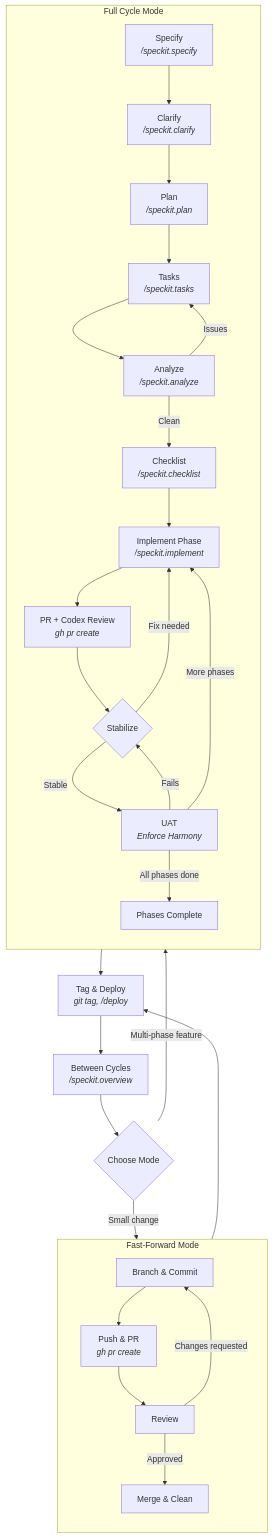
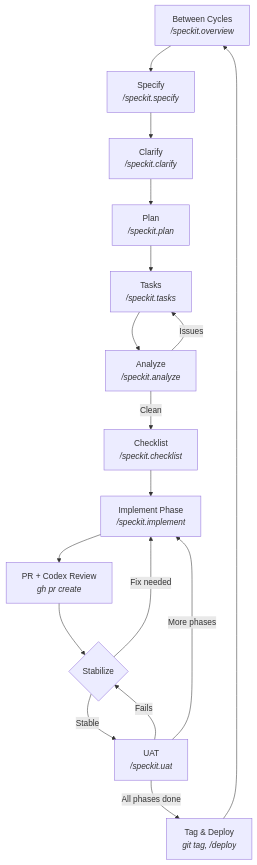
One commit to AnnexBrands/lotsdb changed the first of 3 diagrams in FEATURE_CYCLE.md. Above: the diagram before and after it, drawn with Mermaid. The commit also changed other lines of this file and 9 other files, not shown here.

First line of the commit message:
Add /speckit.uat skill, unify feature cycle, mark lingering specs complete

````diff
--- a/FEATURE_CYCLE.md
+++ b/FEATURE_CYCLE.md
@@ -16,49 +16,21 @@
 ```mermaid
 graph TD
     A["Between Cycles<br/><i>/speckit.overview</i>"]
-    A --> MODE{"Choose Mode"}
-
-    subgraph FF ["Fast-Forward Mode"]
-        direction TB
-        FF1["Branch & Commit"]
-        FF2["Push & PR<br/><i>gh pr create</i>"]
-        FF3["Review"]
-        FF4["Merge & Clean"]
-        FF1 --> FF2
-        FF2 --> FF3
-        FF3 -->|Changes requested| FF1
-        FF3 -->|Approved| FF4
-    end
-
-    subgraph FULL ["Full Cycle Mode"]
-        direction TB
-        B["Specify<br/><i>/speckit.specify</i>"]
-        C["Clarify<br/><i>/speckit.clarify</i>"]
-        D["Plan<br/><i>/speckit.plan</i>"]
-        E["Tasks<br/><i>/speckit.tasks</i>"]
-        F["Analyze<br/><i>/speckit.analyze</i>"]
-        G["Checklist<br/><i>/speckit.checklist</i>"]
-        H["Implement Phase<br/><i>/speckit.implement</i>"]
-        I["PR + Codex Review<br/><i>gh pr create</i>"]
-        J{"Stabilize"}
-        K["UAT<br/><i>Enforce Harmony</i>"]
-
-        B --> C --> D --> E --> F
-        F -->|Issues| E
-        F -->|Clean| G --> H
-        H --> I --> J
-        J -->|Fix needed| H
-        J -->|Stable| K
-        K -->|Fails| J
-        K -->|"More phases"| H
-        K -->|"All phases done"| DONE
-    end
-
-    MODE -->|Small change| FF1
-    MODE -->|Multi-phase feature| B
-
-    FF4 --> TAG
-    DONE["Phases Complete"] --> TAG
+    A --> B["Specify<br/><i>/speckit.specify</i>"]
+    B --> C["Clarify<br/><i>/speckit.clarify</i>"]
+    C --> D["Plan<br/><i>/speckit.plan</i>"]
+    D --> E["Tasks<br/><i>/speckit.tasks</i>"]
+    E --> F["Analyze<br/><i>/speckit.analyze</i>"]
+    F -->|Issues| E
+    F -->|Clean| G["Checklist<br/><i>/speckit.checklist</i>"]
+    G --> H["Implement Phase<br/><i>/speckit.implement</i>"]
+    H --> I["PR + Codex Review<br/><i>gh pr create</i>"]
+    I --> J{"Stabilize"}
+    J -->|Fix needed| H
+    J -->|Stable| K["UAT<br/><i>/speckit.uat</i>"]
+    K -->|Fails| J
+    K -->|"More phases"| H
+    K -->|"All phases done"| TAG
     TAG["Tag & Deploy<br/><i>git tag, /deploy</i>"]
     TAG --> A
 ```
````
